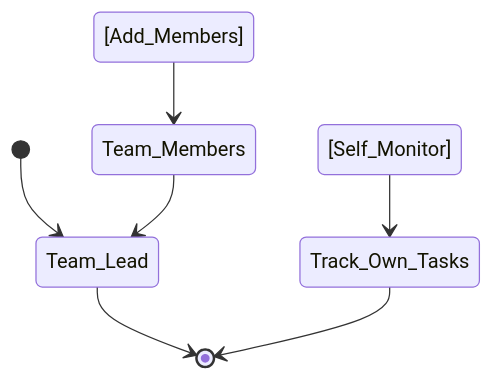
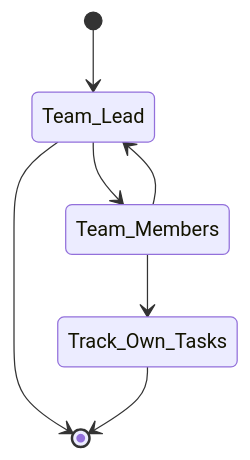
One commit to ChoonKeeGohJQ/EGL314-TeamA-ProjectSpace changed the diagram in README.md. Above: the diagram before and after it, drawn with Mermaid.

````diff
--- a/README.md
+++ b/README.md
@@ -3,10 +3,10 @@
 ```mermaid
 stateDiagram
     [*] --> Team_Lead
     Team_Lead --> [*]
 
-    Team_Lead [Add_Members] --> Team_Members
+    Team_Lead --> Team_Members
     Team_Members --> Team_Lead
-    Team_Members [Self_Monitor] --> Track_Own_Tasks
+    Team_Members --> Track_Own_Tasks
     Track_Own_Tasks --> [*]
 ```
````
